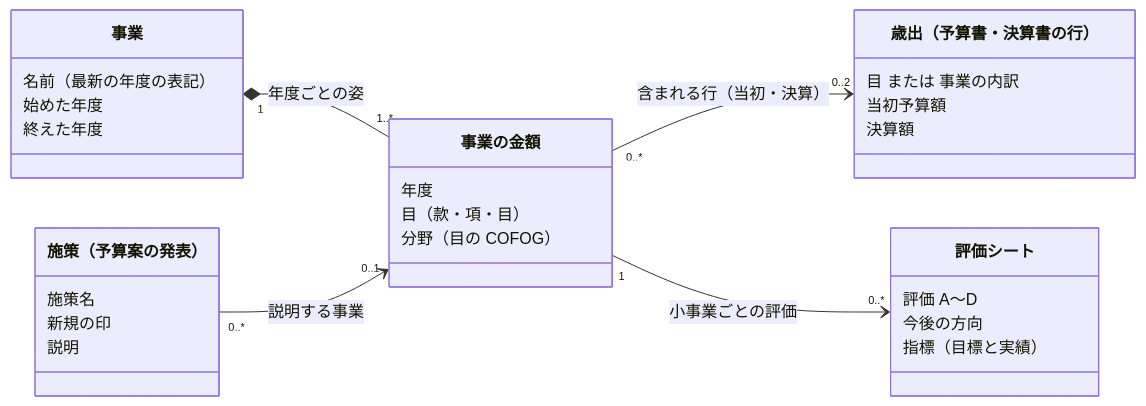
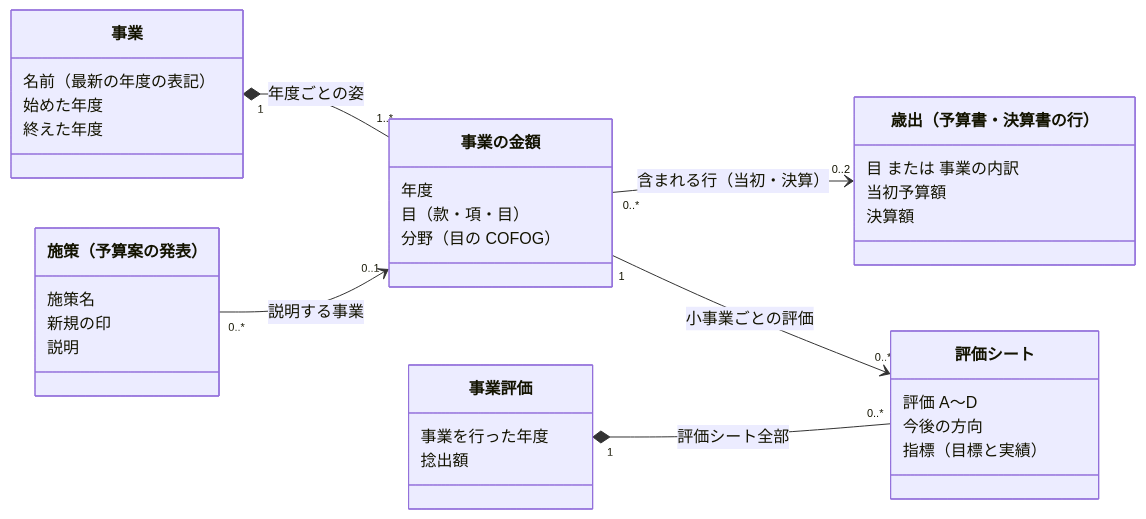
The diagram in docs/prd/jurisdiction-page-data/project-domain-model.md (fudoki-hensansitu/fudoki), drawn with Mermaid before and after one commit. The commit also changed other lines of this file, not shown here.

````diff
--- a/docs/prd/jurisdiction-page-data/project-domain-model.md
+++ b/docs/prd/jurisdiction-page-data/project-domain-model.md
@@ -17,33 +17,38 @@
 ```mermaid
 classDiagram
     direction LR
     class Project["事業"] {
         名前（最新の年度の表記）
         始めた年度
         終えた年度
     }
     class ProjectYear["事業の金額"] {
         年度
         目（款・項・目）
         分野（目の COFOG）
     }
     class Initiative["施策（予算案の発表）"] {
         施策名
         新規の印
         説明
     }
     class Expenditure["歳出（予算書・決算書の行）"] {
         目 または 事業の内訳
         当初予算額
         決算額
     }
+    class EvaluationRoot["事業評価"] {
+        事業を行った年度
+        捻出額
+    }
     class Evaluation["評価シート"] {
         評価 A〜D
         今後の方向
         指標（目標と実績）
     }
     Project "1" *-- "1..*" ProjectYear : 年度ごとの姿
     ProjectYear "0..*" --> "0..2" Expenditure : 含まれる行（当初・決算）
+    EvaluationRoot "1" *-- "0..*" Evaluation : 評価シート全部
     ProjectYear "1" --> "0..*" Evaluation : 小事業ごとの評価
     Initiative "0..*" --> "0..1" ProjectYear : 説明する事業
 ```
````
